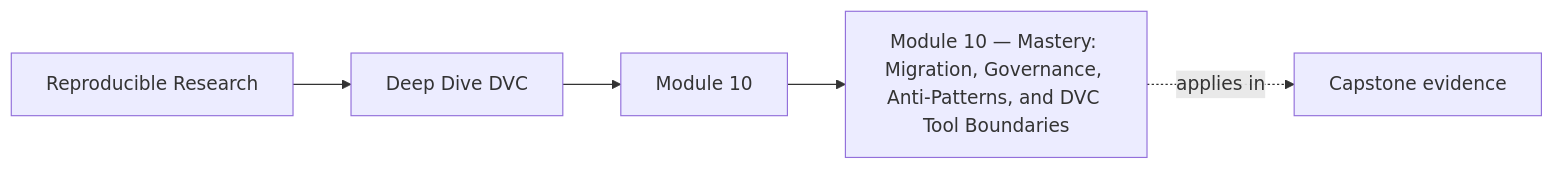
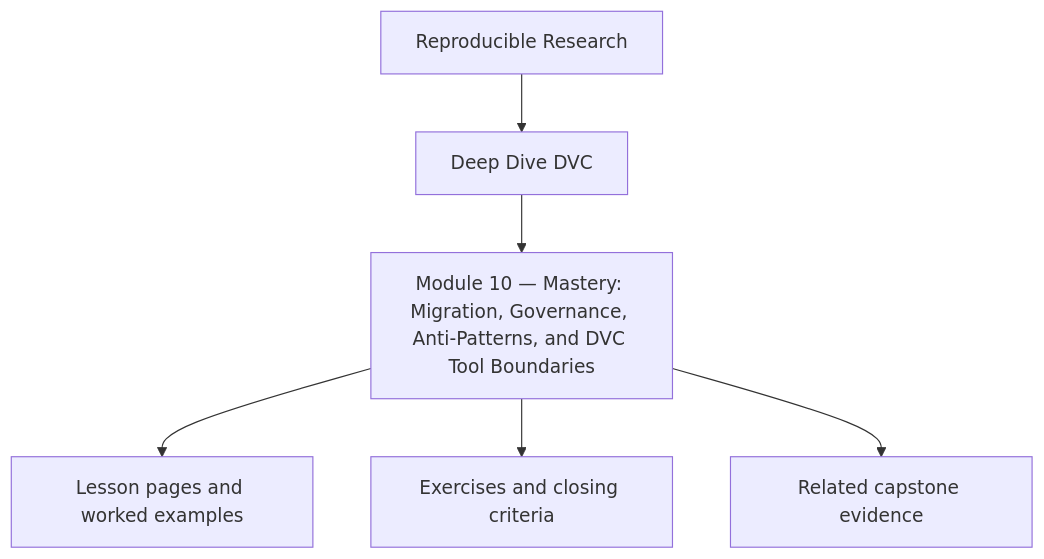
The first of 2 diagrams in programs/reproducible-research/deep-dive-dvc/course-book/module-10-migration-governance-anti-patterns-and-dvc-tool-boundaries/index.md (bijux/bijux-masterclass), drawn with Mermaid before and after one commit. The commit also changed other lines of this file and 10 other files, not shown here.

Commit message:
docs(deep-dive-dvc): reposition module overview diagrams

````diff
--- a/programs/reproducible-research/deep-dive-dvc/course-book/module-10-migration-governance-anti-patterns-and-dvc-tool-boundaries/index.md
+++ b/programs/reproducible-research/deep-dive-dvc/course-book/module-10-migration-governance-anti-patterns-and-dvc-tool-boundaries/index.md
@@ -9,11 +9,8 @@
 ```mermaid
-graph LR
-  family["Reproducible Research"]
-  program["Deep Dive DVC"]
-  section["Module 10"]
-  page["Module 10 — Mastery: Migration, Governance, Anti-Patterns, and DVC Tool Boundaries"]
-  capstone["Capstone evidence"]
-
-  family --> program --> section --> page
-  page -.applies in.-> capstone
+flowchart TD
+  family["Reproducible Research"] --> program["Deep Dive DVC"]
+  program --> module["Module 10 — Mastery: Migration, Governance, Anti-Patterns, and DVC Tool Boundaries"]
+  module --> lessons["Lesson pages and worked examples"]
+  module --> checkpoints["Exercises and closing criteria"]
+  module --> capstone["Related capstone evidence"]
 ```
````
